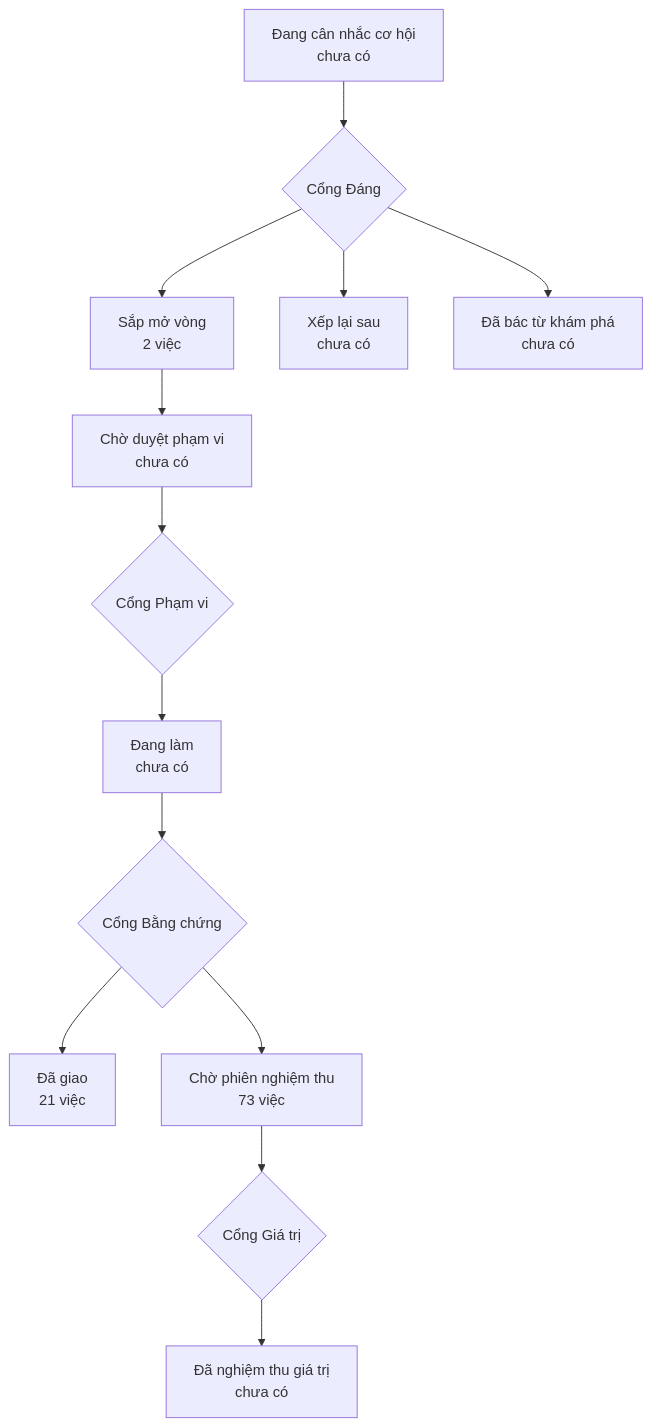
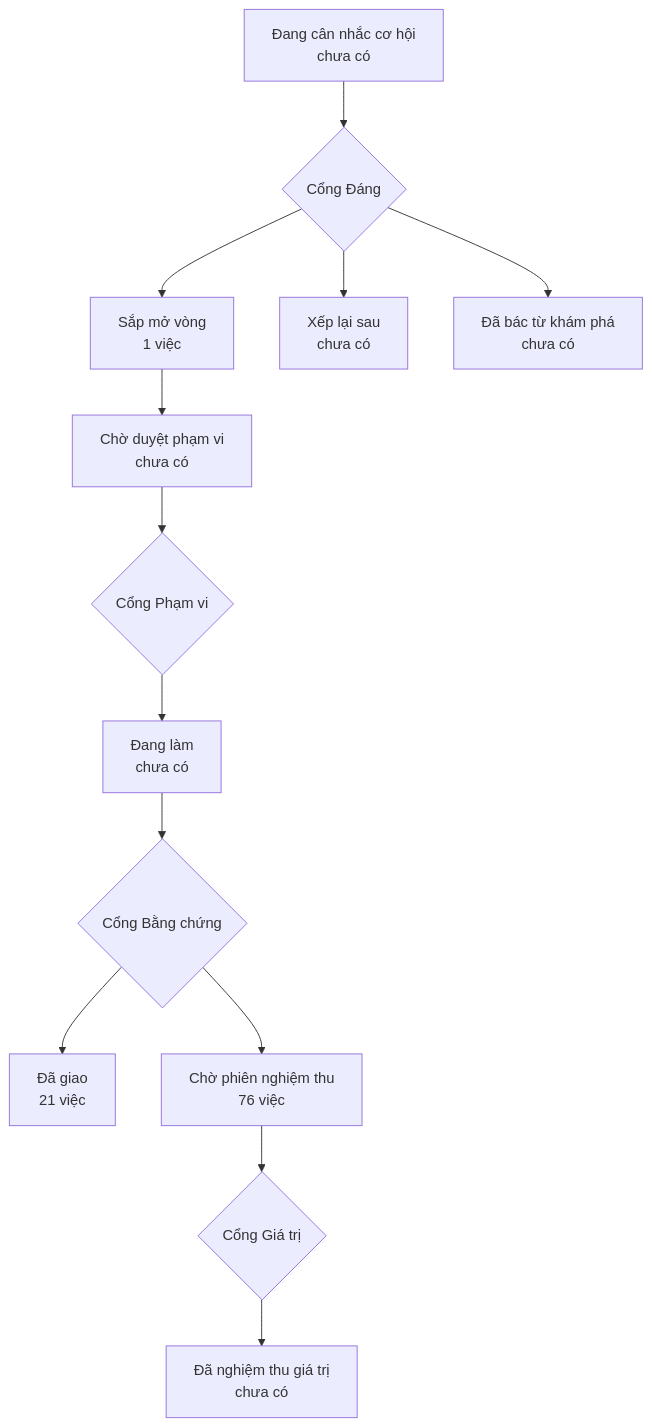
The diagram in PRODUCT-MAP.md (phanlemanh/onehub-quy-hang), drawn with Mermaid before and after one commit. The commit also changed other lines of this file and 1 other file, not shown here.

Commit message:
chore: vẽ lại bản đồ sau khi gộp main

````diff
--- a/PRODUCT-MAP.md
+++ b/PRODUCT-MAP.md
@@ -7,12 +7,12 @@
 ```mermaid
 flowchart TD
   A["Đang cân nhắc cơ hội<br/>chưa có"] --> GD{"Cổng Đáng"}
-  GD --> B["Sắp mở vòng<br/>2 việc"]
+  GD --> B["Sắp mở vòng<br/>1 việc"]
   GD --> XL["Xếp lại sau<br/>chưa có"]
   GD --> DB["Đã bác từ khám phá<br/>chưa có"]
   B --> CD["Chờ duyệt phạm vi<br/>chưa có"] --> GP{"Cổng Phạm vi"}
   GP --> DL["Đang làm<br/>chưa có"] --> GB{"Cổng Bằng chứng"}
   GB --> DG["Đã giao<br/>21 việc"]
-  GB --> CN["Chờ phiên nghiệm thu<br/>73 việc"] --> GG{"Cổng Giá trị"}
+  GB --> CN["Chờ phiên nghiệm thu<br/>76 việc"] --> GG{"Cổng Giá trị"}
   GG --> NT["Đã nghiệm thu giá trị<br/>chưa có"]
 ```
````
